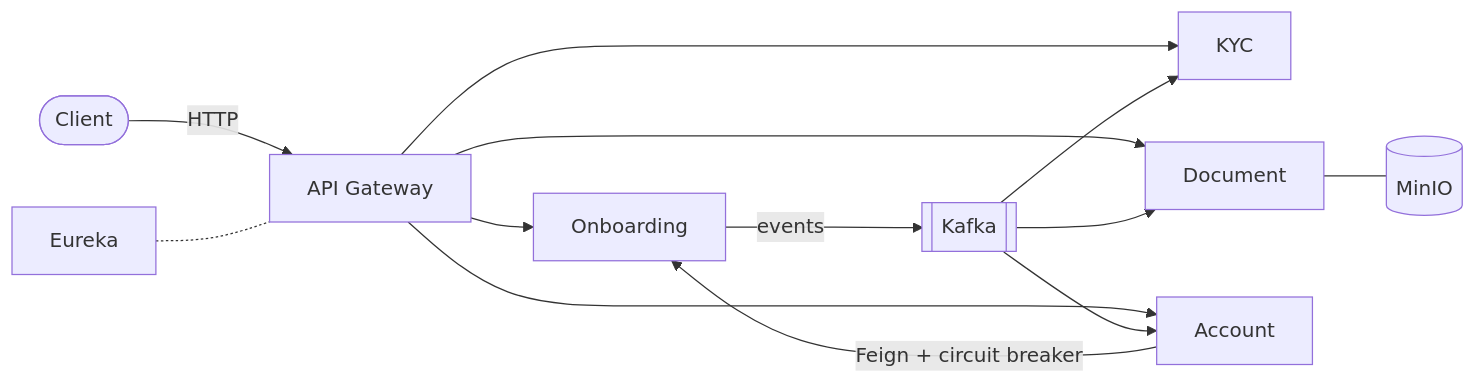
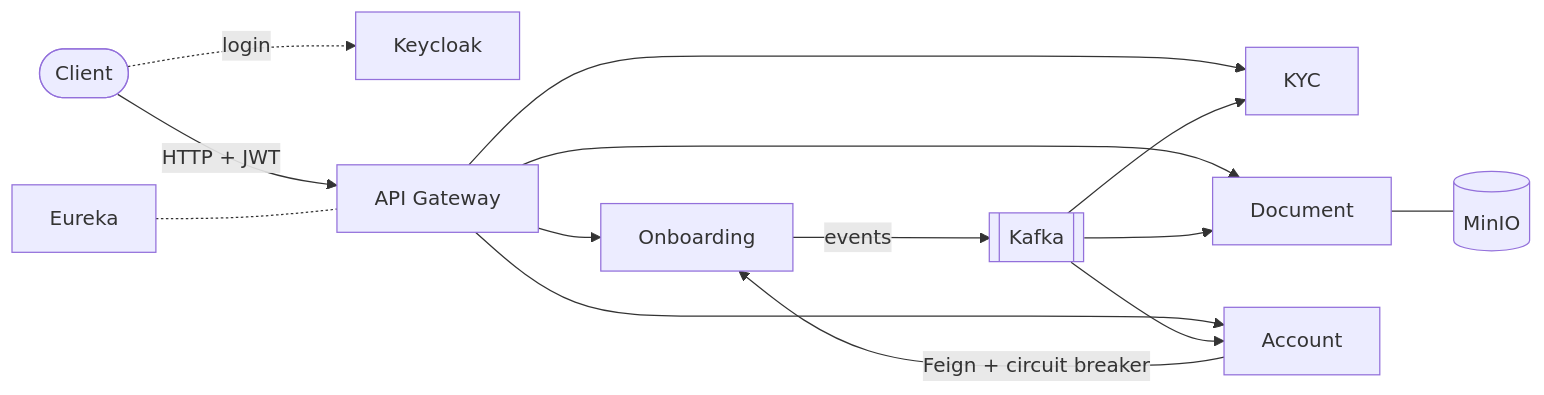
Before and after one commit to najidnizar/bank-clients-management: the diagram in README.md, drawn with Mermaid. The commit also changed other lines of this file and 10 other files, not shown here.

````diff
--- a/README.md
+++ b/README.md
@@ -21,15 +22,16 @@
 ```mermaid
 flowchart LR
-    client([Client]) -->|HTTP| gw[API Gateway]
+    client([Client]) -. login .-> keycloak[Keycloak]
+    client -->|HTTP + JWT| gw[API Gateway]
     gw --> onb[Onboarding]
     gw --> kyc[KYC]
     gw --> doc[Document]
     gw --> acc[Account]
     acc -->|Feign + circuit breaker| onb
     onb -- events --> kafka[[Kafka]]
     kafka --> kyc
     kafka --> doc
     kafka --> acc
     doc --- minio[(MinIO)]
     eureka[Eureka] -.- gw
 ```
````
